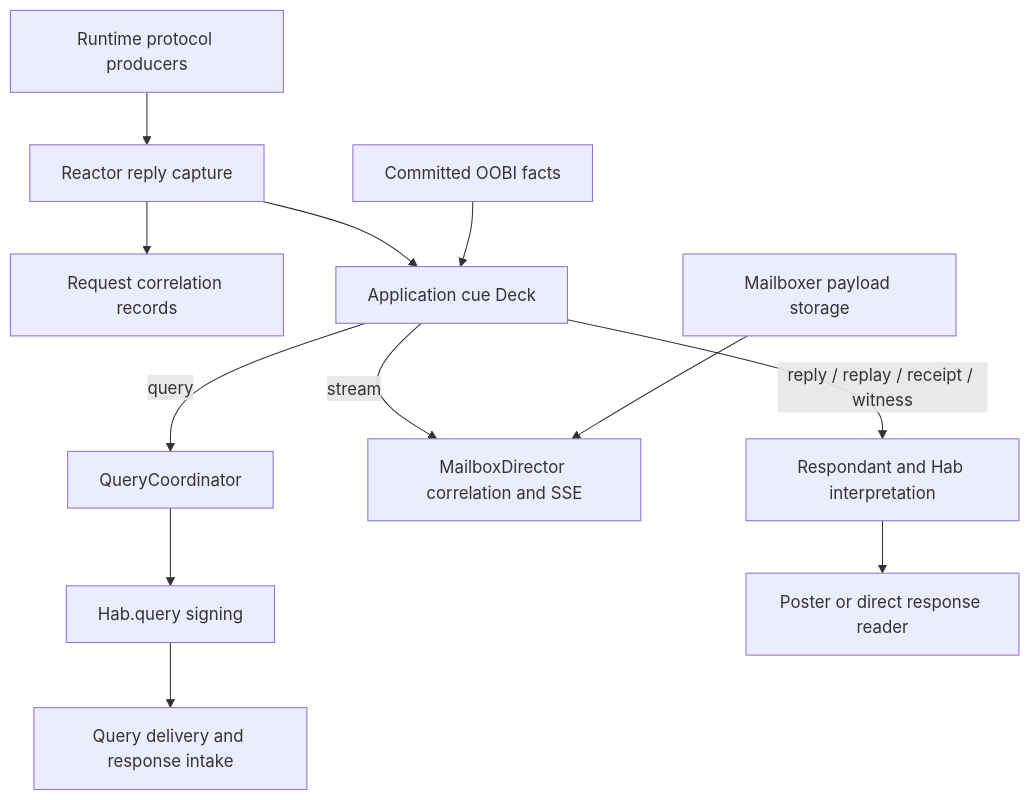
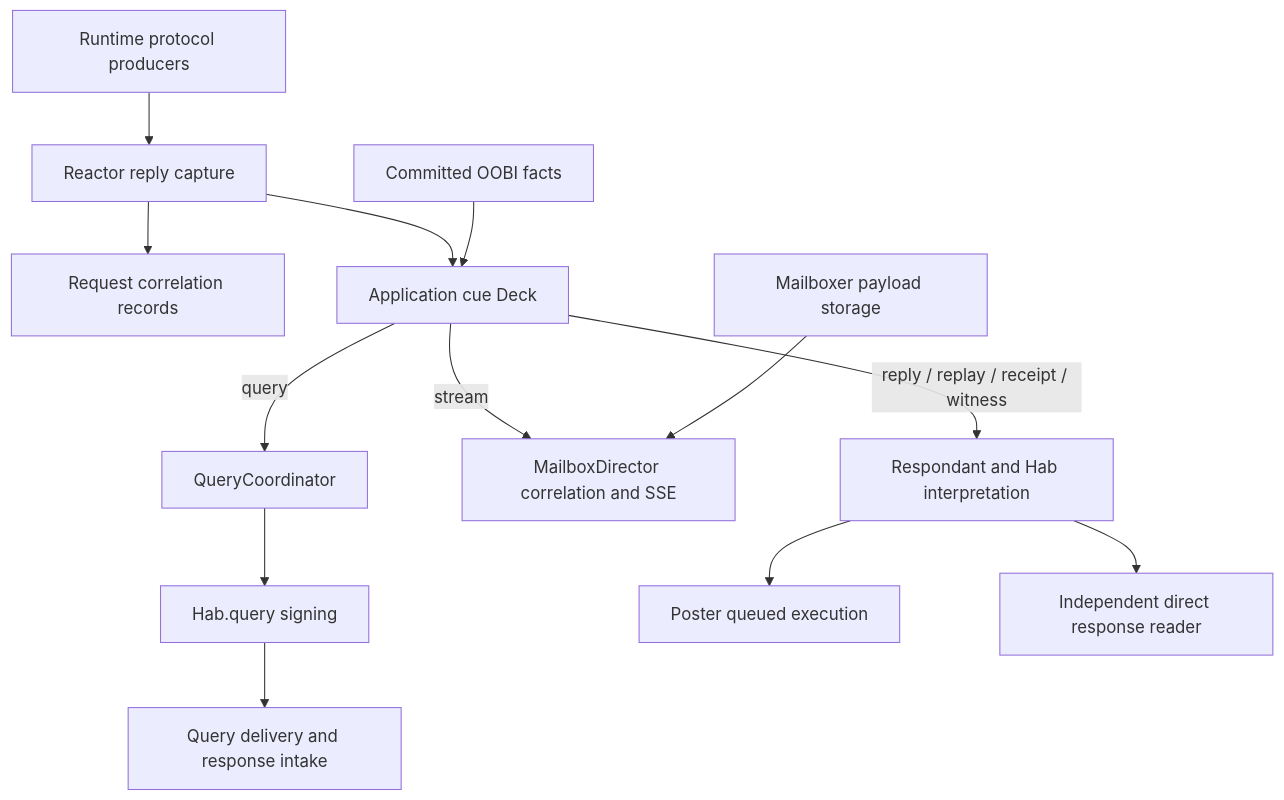
The diagram in docs/design-docs/runtime/CUES.md (kentbull/keri-ts), drawn with Mermaid before and after one commit. The commit also changed other lines of this file and 25 other files, not shown here.

````diff
--- a/docs/design-docs/runtime/CUES.md
+++ b/docs/design-docs/runtime/CUES.md
@@ -37,14 +42,15 @@
 ```mermaid
 flowchart TD
   P[Runtime protocol producers] --> R[Reactor reply capture]
   R --> Q[Request correlation records]
   R --> A[Application cue Deck]
   O[Committed OOBI facts] --> A
   A -->|query| C[QueryCoordinator]
   C --> H[Hab.query signing]
   H --> D[Query delivery and response intake]
   A -->|stream| M[MailboxDirector correlation and SSE]
   A -->|reply / replay / receipt / witness| S[Respondant and Hab interpretation]
-  S --> T[Poster or direct response reader]
+  S --> T[Poster queued execution]
+  S --> HTP[Independent direct response reader]
   B[Mailboxer payload storage] --> M
 ```
````
